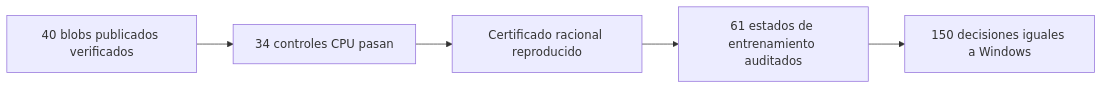
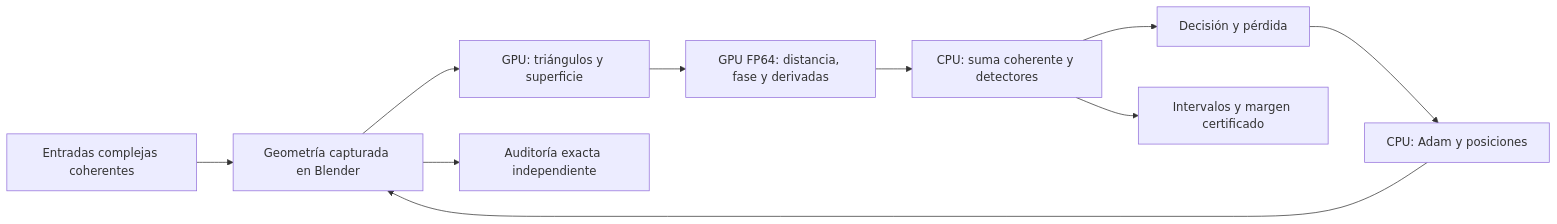
One commit to Agnuxo1/Neuro3D changed the diagram in README.md. Above: the diagram before and after it, drawn with Mermaid. The commit also changed other lines of this file and 231 other files, not shown here.

````diff
--- a/README.md
+++ b/README.md
@@ -127,7 +36,12 @@
 ```mermaid
 flowchart LR
-  F[40 blobs publicados verificados] --> C[34 controles CPU pasan]
-  C --> I[Certificado racional reproducido]
-  I --> T[61 estados de entrenamiento auditados]
-  T --> D[150 decisiones iguales a Windows]
+  E[Entradas complejas coherentes] --> G[Geometría capturada en Blender]
+  G --> R[GPU: triángulos y superficie]
+  R --> F[GPU FP64: distancia, fase y derivadas]
+  F --> C[CPU: suma coherente y detectores]
+  C --> D[Decisión y pérdida]
+  D --> A[CPU: Adam y posiciones]
+  A --> G
+  G --> P[Auditoría exacta independiente]
+  C --> I[Intervalos y margen certificado]
 ```
````
